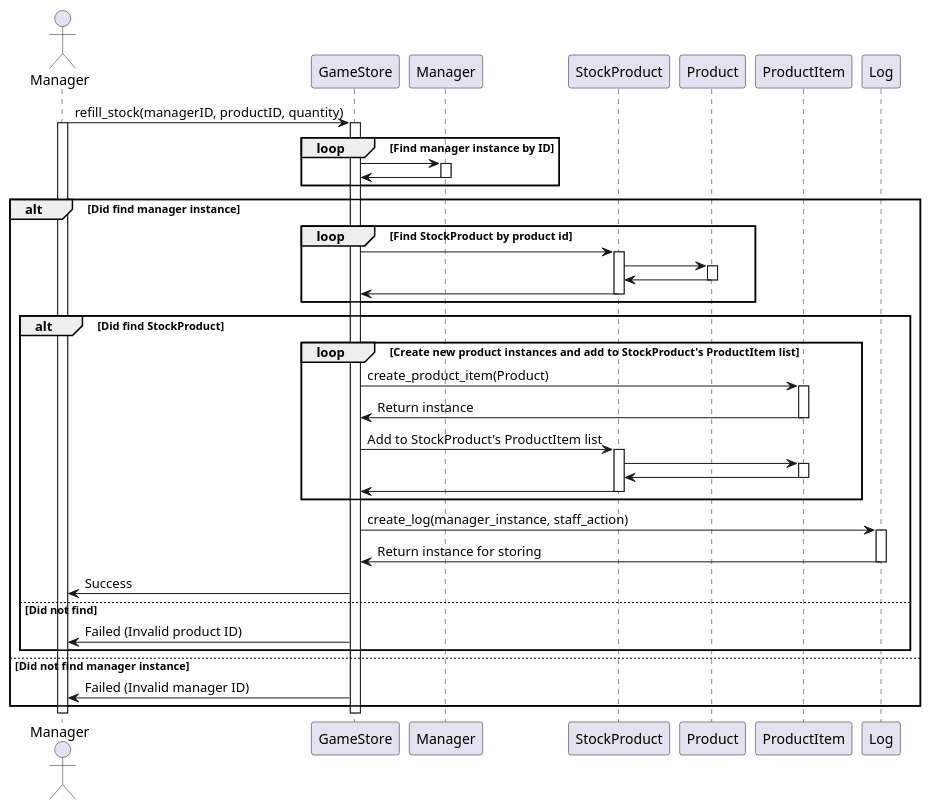
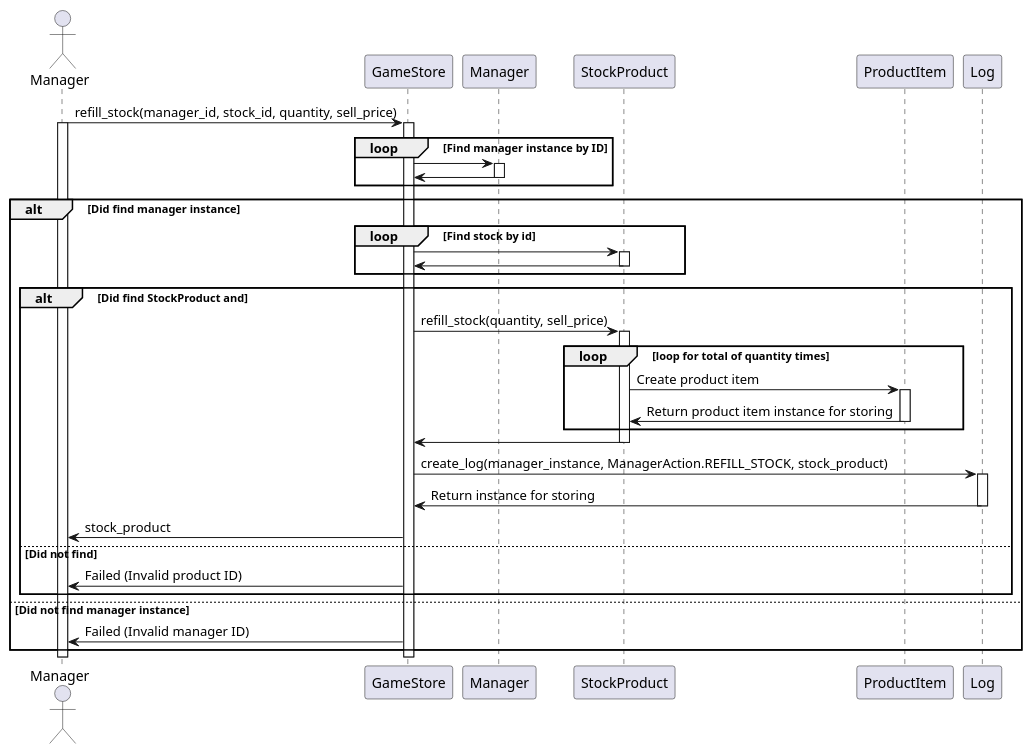
The diagram in SequenceDiagram/sequence_diagram_refill_stock.puml (WaroonRagwongsiri/OOP_Project), drawn with PlantUML before and after one commit. The commit also changed 3 other files, not shown here.

Commit message:
- remove adding to log from purchase and refund - changes to refill_stock sequence diagram - add prompt for purchase and refill_stock

```diff
--- a/SequenceDiagram/sequence_diagram_refill_stock.puml
+++ b/SequenceDiagram/sequence_diagram_refill_stock.puml
@@ -1,62 +1,52 @@
 @startuml E
 
 actor Manager as ManagerA
 
-ManagerA -> GameStore : refill_stock(managerID, productID, quantity)
+ManagerA -> GameStore : refill_stock(manager_id, stock_id, quantity, sell_price)
 activate ManagerA
 activate GameStore
 
 loop Find manager instance by ID
     GameStore -> Manager
     activate Manager
     Manager -> GameStore
     deactivate Manager
 end
 
 alt Did find manager instance
-    loop Find StockProduct by product id
+    loop Find stock by id
         GameStore -> StockProduct
         activate StockProduct
-        StockProduct -> Product
-        activate Product
-
-        Product -> StockProduct
-        deactivate Product
         StockProduct -> GameStore
         deactivate StockProduct
     end
 
-    alt Did find StockProduct
-        loop Create new product instances and add to StockProduct's ProductItem list
-            GameStore -> ProductItem : create_product_item(Product)
+    alt Did find StockProduct and 
+        GameStore -> StockProduct : refill_stock(quantity, sell_price)
+        activate StockProduct
+        loop loop for total of quantity times
+            StockProduct -> ProductItem : Create product item
             activate ProductItem
-            ProductItem -> GameStore : Return instance
+            ProductItem -> StockProduct : Return product item instance for storing
             deactivate ProductItem
+        end
+        StockProduct -> GameStore
+        deactivate StockProduct
 
-            GameStore -> StockProduct : Add to StockProduct's ProductItem list
-            activate StockProduct
-            StockProduct -> ProductItem
-            activate ProductItem
-            ProductItem -> StockProduct
-            deactivate ProductItem
-            StockProduct -> GameStore
-            deactivate StockProduct
-        end
-
-        GameStore -> Log : create_log(manager_instance, staff_action)
+        GameStore -> Log : create_log(manager_instance, ManagerAction.REFILL_STOCK, stock_product)
         activate Log
         Log -> GameStore : Return instance for storing
         deactivate Log
 
-        GameStore -> ManagerA : Success
+        GameStore -> ManagerA : stock_product
     else Did not find
         GameStore -> ManagerA : Failed (Invalid product ID)
     end
 else Did not find manager instance
     GameStore -> ManagerA : Failed (Invalid manager ID)
 end
 
 deactivate GameStore
 deactivate ManagerA
 
 @enduml
```
